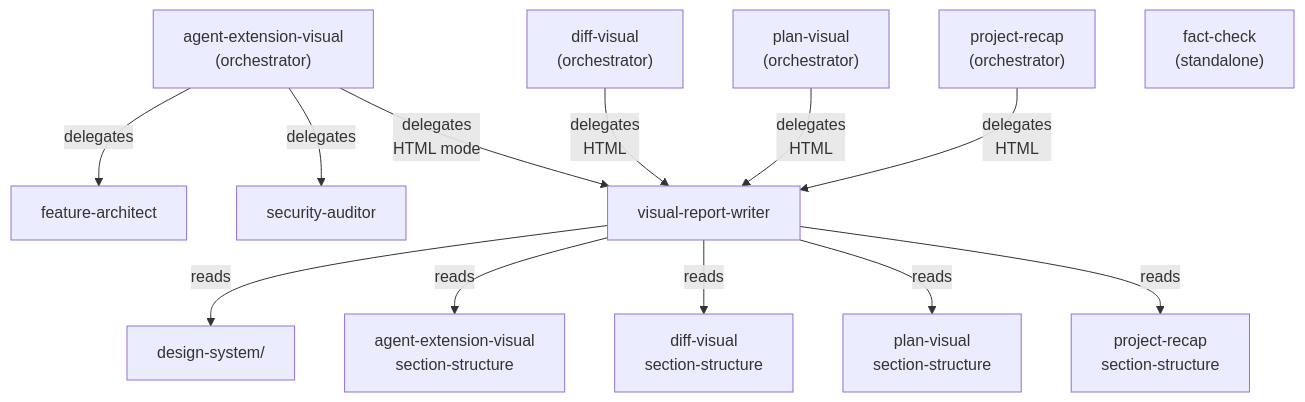
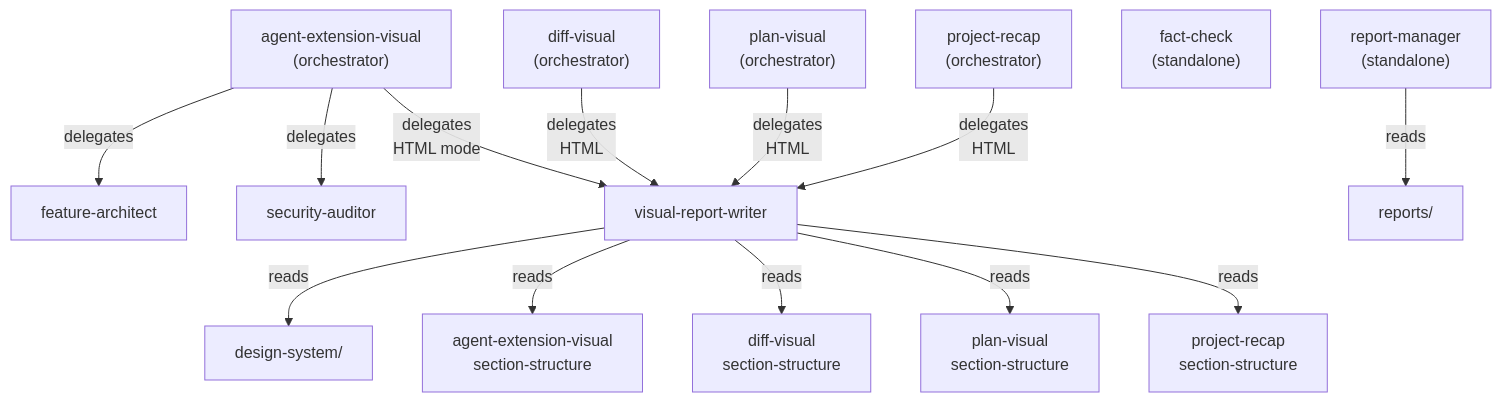
Before and after one commit to LeeJuOh/claude-code-zero: the diagram in plugins/vision-powers/README.md, drawn with Mermaid. The commit also changed other lines of this file and 3 other files, not shown here.

Commit message:
feat(vision-powers): add report-manager skill for listing, opening, deleting, and searching reports

````diff
--- a/plugins/vision-powers/README.md
+++ b/plugins/vision-powers/README.md
@@ -69,18 +81,19 @@
 ```mermaid
 graph TD
     S1["agent-extension-visual<br/>(orchestrator)"] -->|delegates| A1["feature-architect"]
     S1 -->|delegates| A2["security-auditor"]
     S1 -->|delegates<br/>HTML mode| A4["visual-report-writer"]
 
     S2["diff-visual<br/>(orchestrator)"] -->|delegates<br/>HTML| A4
     S3["plan-visual<br/>(orchestrator)"] -->|delegates<br/>HTML| A4
     S4["project-recap<br/>(orchestrator)"] -->|delegates<br/>HTML| A4
 
     S5["fact-check<br/>(standalone)"]
+    S6["report-manager<br/>(standalone)"] -->|reads| R["reports/"]
 
     A4 -->|reads| DS["design-system/"]
     A4 -->|reads| SS1["agent-extension-visual<br/>section-structure"]
     A4 -->|reads| SS2["diff-visual<br/>section-structure"]
     A4 -->|reads| SS3["plan-visual<br/>section-structure"]
     A4 -->|reads| SS4["project-recap<br/>section-structure"]
 ```
````
